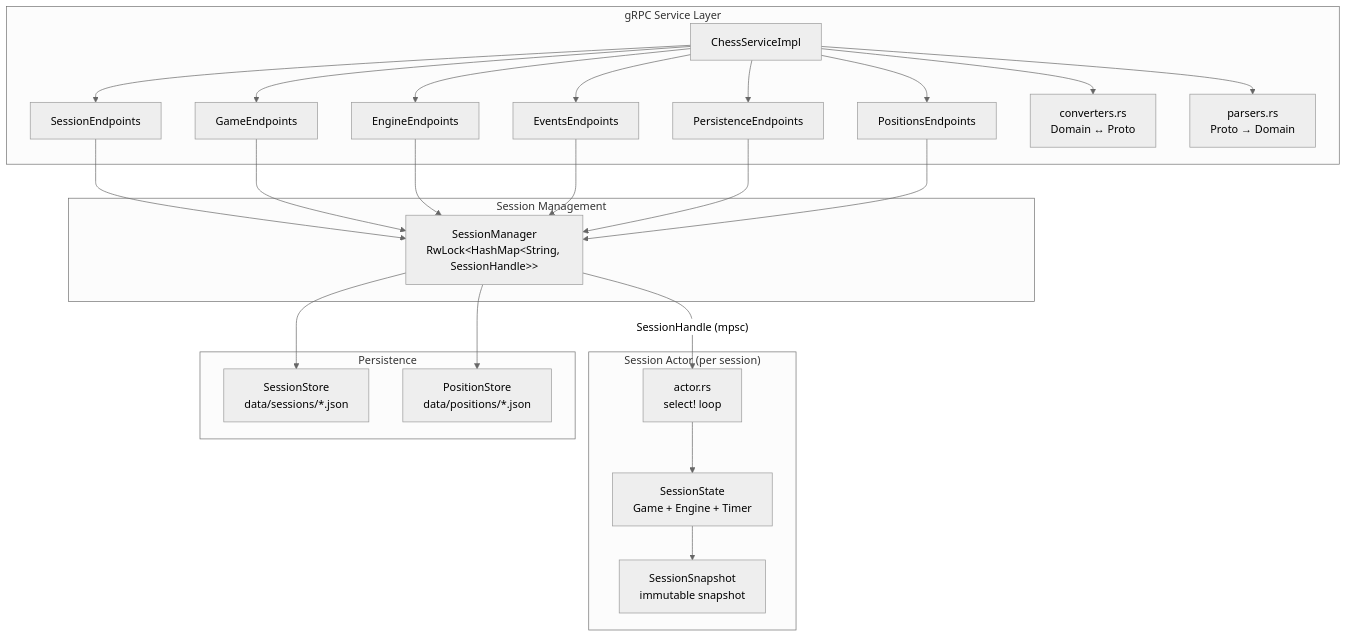
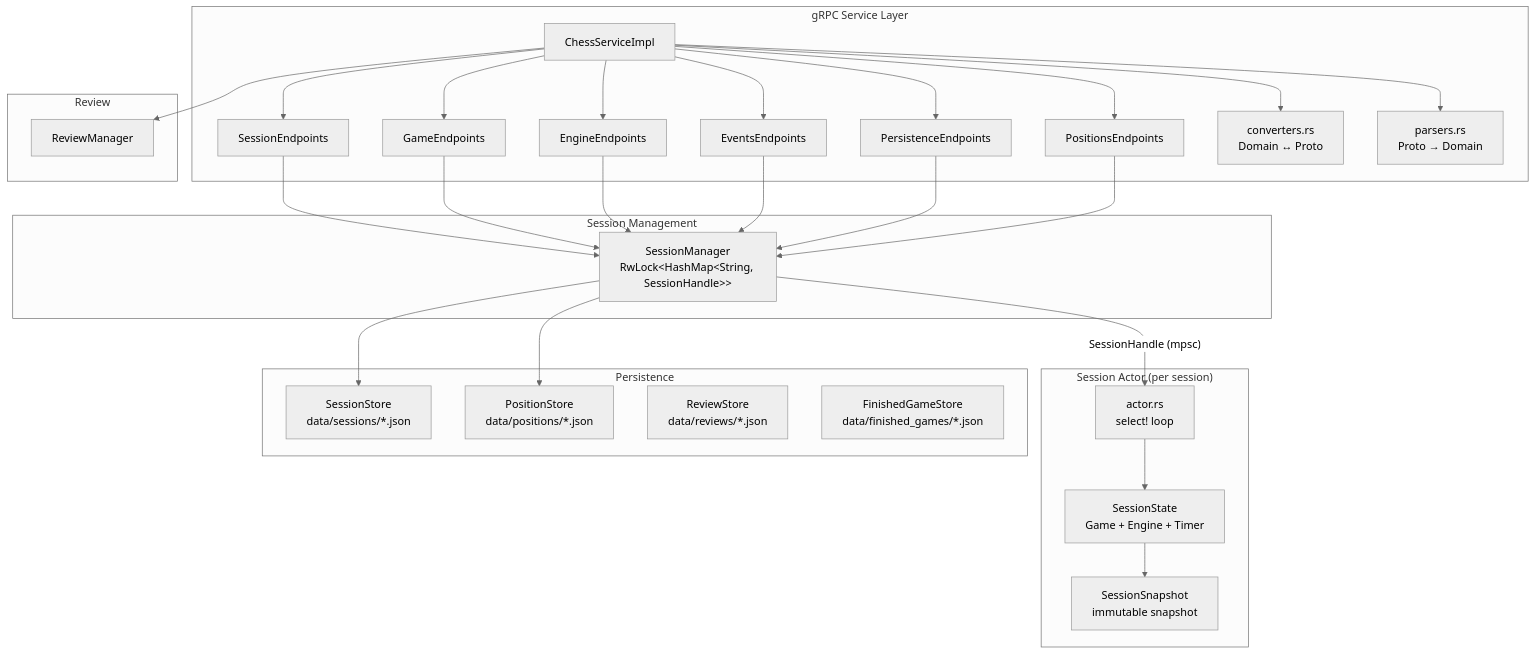
One commit to benediktms/chesstty changed the diagram in server/README.md. Above: the diagram before and after it, drawn with Mermaid (neutral theme). The commit also changed other lines of this file and 67 other files, not shown here.

Commit message:
Squash merge post-game-review-analysis into master

````diff
--- a/server/README.md
+++ b/server/README.md
@@ -9,37 +9,44 @@
 ```mermaid
 graph TB
     subgraph "gRPC Service Layer"
         SVC[ChessServiceImpl]
         SE[SessionEndpoints]
         GE[GameEndpoints]
         EE[EngineEndpoints]
         EVE[EventsEndpoints]
         PE[PersistenceEndpoints]
         POE[PositionsEndpoints]
         CONV[converters.rs<br/>Domain ↔ Proto]
         PARSE[parsers.rs<br/>Proto → Domain]
     end
 
     subgraph "Session Management"
         SM[SessionManager<br/>RwLock&lt;HashMap&lt;String, SessionHandle&gt;&gt;]
     end
 
     subgraph "Session Actor (per session)"
         ACTOR[actor.rs<br/>select! loop]
         STATE[SessionState<br/>Game + Engine + Timer]
         SNAP[SessionSnapshot<br/>immutable snapshot]
     end
 
+    subgraph "Review"
+        RM[ReviewManager]
+    end
+
     subgraph "Persistence"
         SS[SessionStore<br/>data/sessions/*.json]
         PS[PositionStore<br/>data/positions/*.json]
+        RS[ReviewStore<br/>data/reviews/*.json]
+        FG[FinishedGameStore<br/>data/finished_games/*.json]
     end
 
     SVC --> SE & GE & EE & EVE & PE & POE
     SE & GE & EE & EVE & PE & POE --> SM
     SVC --> CONV & PARSE
+    SVC --> RM
     SM -->|"SessionHandle (mpsc)"| ACTOR
     ACTOR --> STATE
     STATE --> SNAP
     SM --> SS & PS
 ```
````
